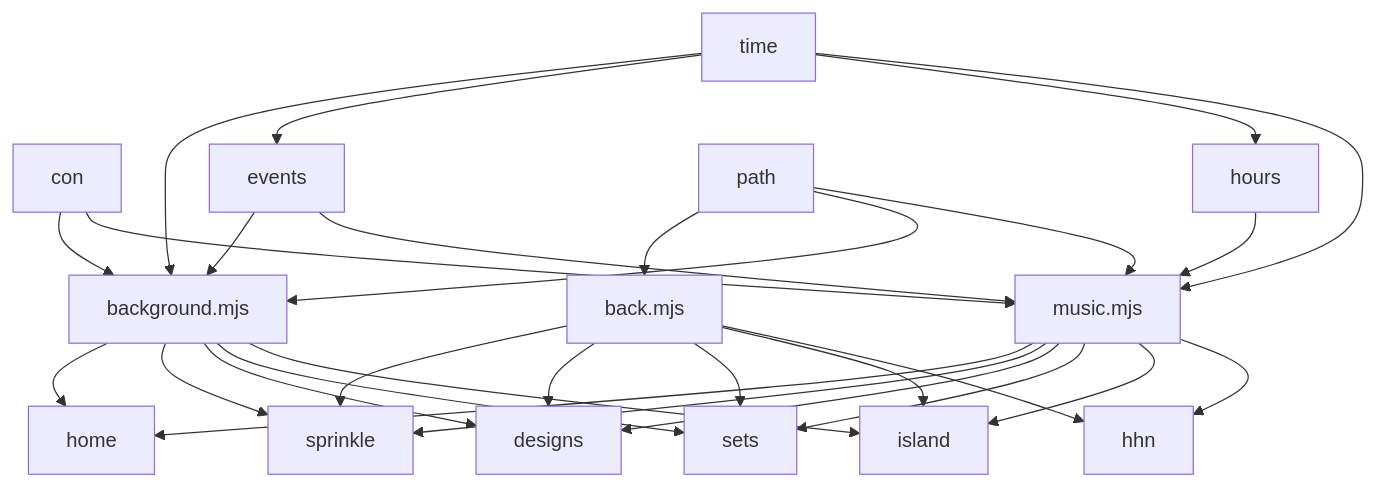
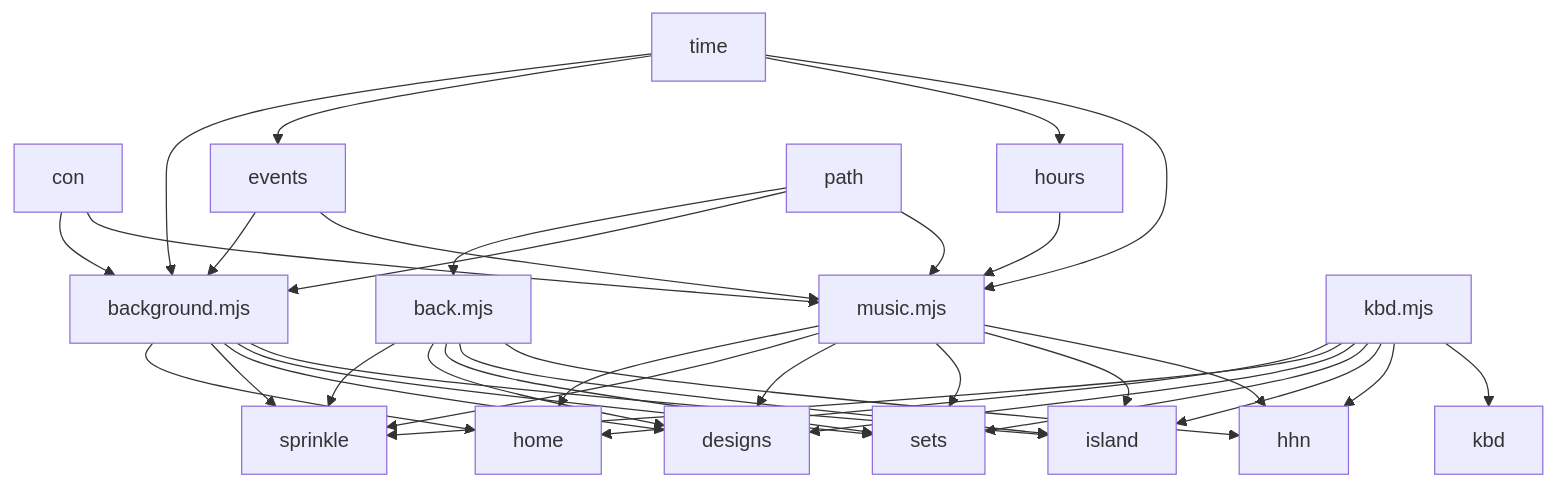
One commit to Reper2/acnh changed the first of 2 diagrams in README.md. Above: the diagram before and after it, drawn with Mermaid. The commit also changed other lines of this file and 62 other files, not shown here.

````diff
--- a/README.md
+++ b/README.md
@@ -55,38 +67,46 @@
 ```mermaid
 graph TD;
     back.mjs-->sprinkle;
     back.mjs-->designs;
     back.mjs-->sets;
     back.mjs-->island;
     back.mjs-->hhn;
 
     background.mjs-->home;
     background.mjs-->sprinkle;
     background.mjs-->designs;
     background.mjs-->sets;
     background.mjs-->island;
 
     con-->background.mjs;
     con-->music.mjs;
 
     events-->background.mjs;
     events-->music.mjs;
 
     hours-->music.mjs;
 
+    kbd.mjs-->home;
+    kbd.mjs-->sprinkle;
+    kbd.mjs-->designs;
+    kbd.mjs-->sets;
+    kbd.mjs-->island;
+    kbd.mjs-->hhn;
+    kbd.mjs-->kbd;
+
     music.mjs-->home;
     music.mjs-->sprinkle;
     music.mjs-->designs;
     music.mjs-->sets;
     music.mjs-->island;
     music.mjs-->hhn;
 
     path-->back.mjs;
     path-->background.mjs;
     path-->music.mjs;
 
     time-->background.mjs;
     time-->events;
     time-->hours;
     time-->music.mjs;
 ```
````
